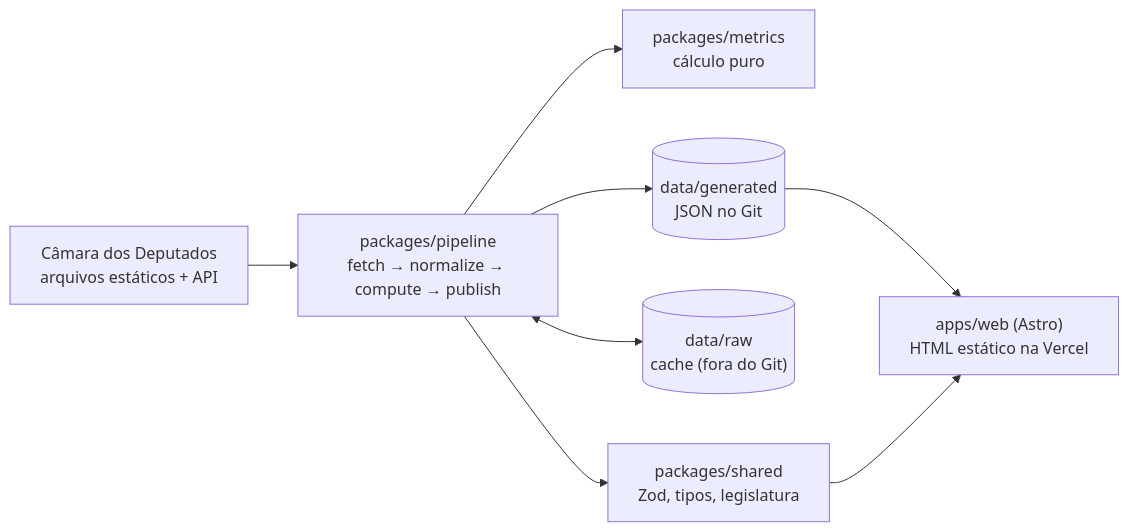
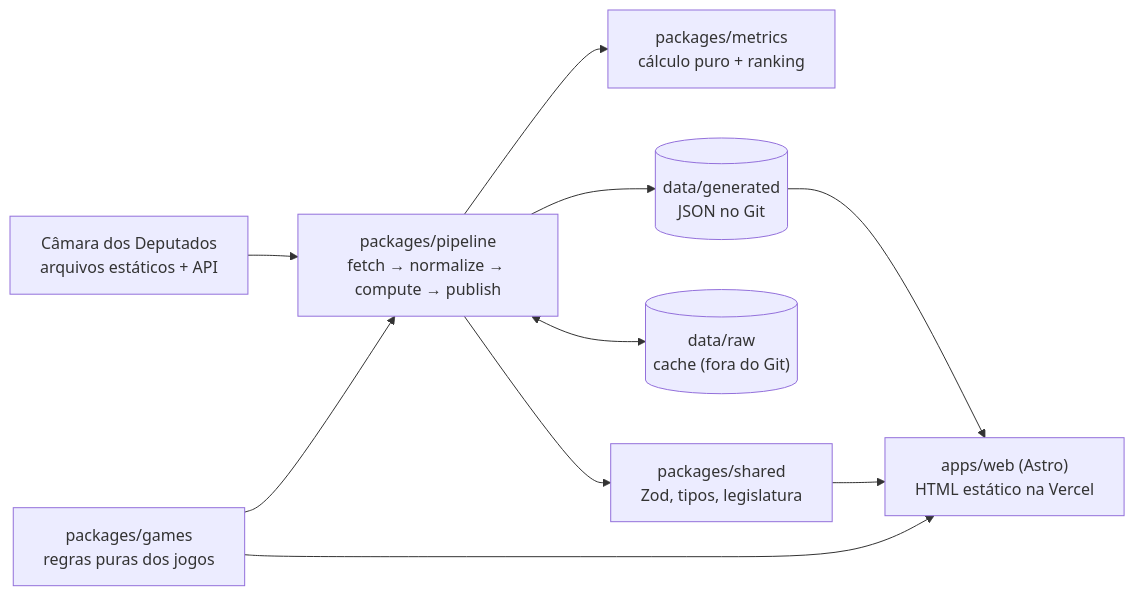
The diagram in README.md (Dustyluc123/Extrapolar), drawn with Mermaid before and after one commit. The commit also changed other lines of this file and 18 other files, not shown here.

````diff
--- a/README.md
+++ b/README.md
@@ -86,18 +96,21 @@
 ```mermaid
 flowchart LR
     camara["Câmara dos Deputados<br/>arquivos estáticos + API"]
     pipeline["packages/pipeline<br/>fetch → normalize → compute → publish"]
-    metrics["packages/metrics<br/>cálculo puro"]
+    metrics["packages/metrics<br/>cálculo puro + ranking"]
+    games["packages/games<br/>regras puras dos jogos"]
     shared["packages/shared<br/>Zod, tipos, legislatura"]
     raw[("data/raw<br/>cache (fora do Git)")]
     gen[("data/generated<br/>JSON no Git")]
     web["apps/web (Astro)<br/>HTML estático na Vercel"]
 
     camara --> pipeline
     pipeline <--> raw
     pipeline --> metrics
     pipeline --> shared
     pipeline --> gen
     gen --> web
     shared --> web
+    games --> web
+    games --> pipeline
 ```
````
